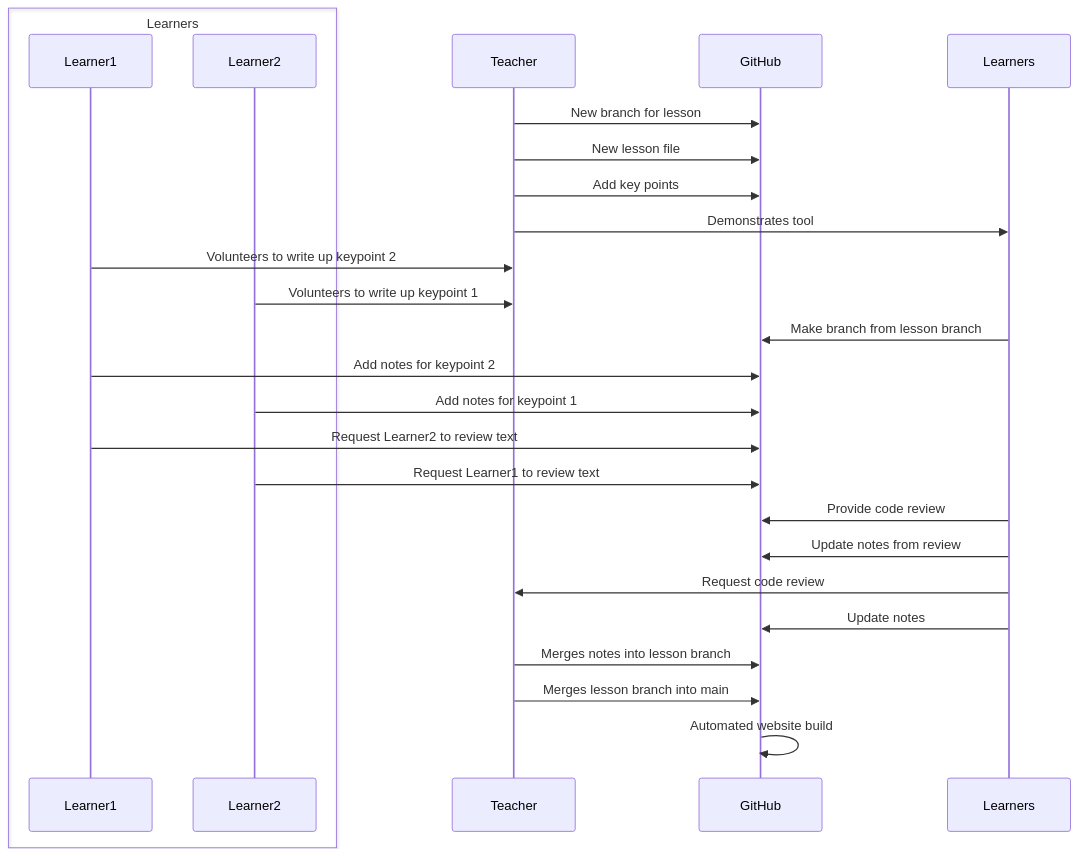
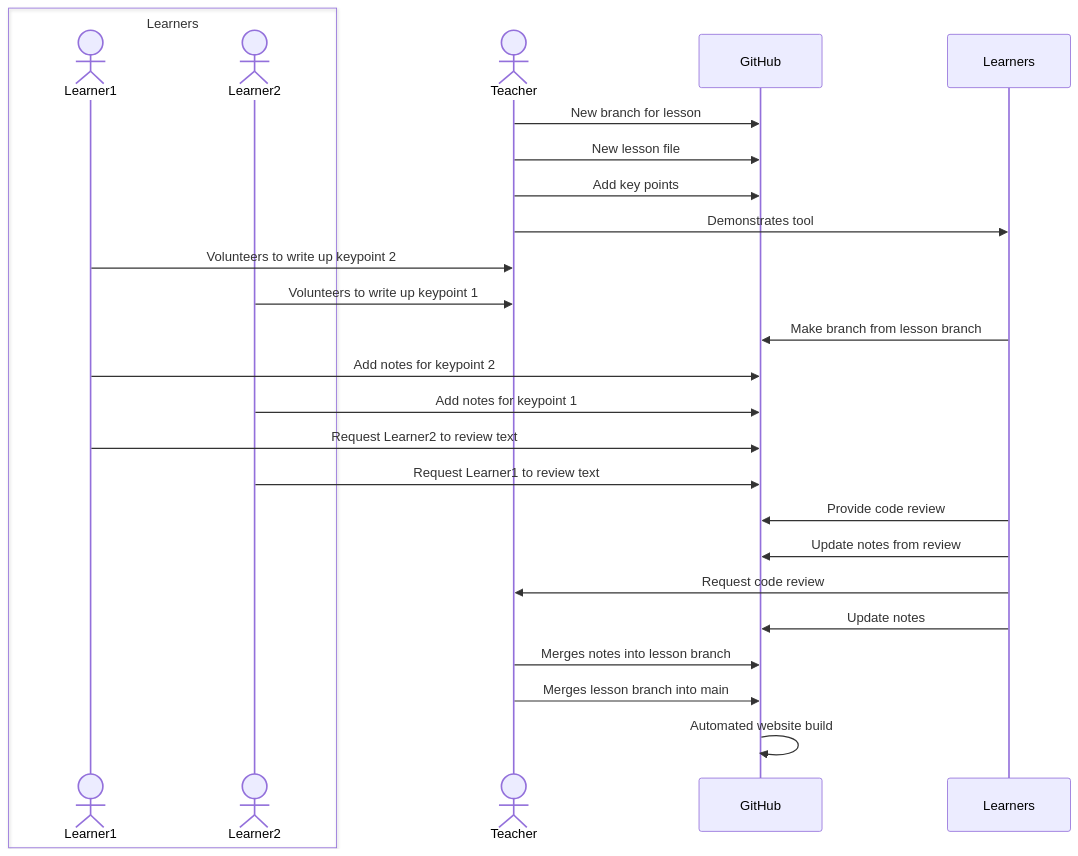
The diagram in README.md (NBISweden/Training-Tech-shorts), drawn with Mermaid before and after one commit.

Commit message:
Update sequence diagram

````diff
--- a/README.md
+++ b/README.md
@@ -49,25 +49,26 @@
 ```mermaid
 sequenceDiagram
     box transparent Learners
-        participant Learner1
-        participant Learner2
+        actor Learner1
+        actor Learner2
     end
+    actor Teacher
     Teacher ->> GitHub: New branch for lesson
     Teacher ->> GitHub: New lesson file
     Teacher ->> GitHub: Add key points
     Teacher ->> Learners: Demonstrates tool
     Learner1 ->> Teacher: Volunteers to write up keypoint 2
     Learner2 ->> Teacher: Volunteers to write up keypoint 1
     Learners ->> GitHub: Make branch from lesson branch
     Learner1 ->> GitHub: Add notes for keypoint 2
     Learner2 ->> GitHub: Add notes for keypoint 1
     Learner1 ->> GitHub: Request Learner2 to review text
     Learner2 ->> GitHub: Request Learner1 to review text
     Learners ->> GitHub: Provide code review
     Learners ->> GitHub: Update notes from review
     Learners ->> Teacher: Request code review
     Learners ->> GitHub: Update notes
     Teacher ->> GitHub: Merges notes into lesson branch
     Teacher ->> GitHub: Merges lesson branch into main
     GitHub ->> GitHub: Automated website build
 ```
````
